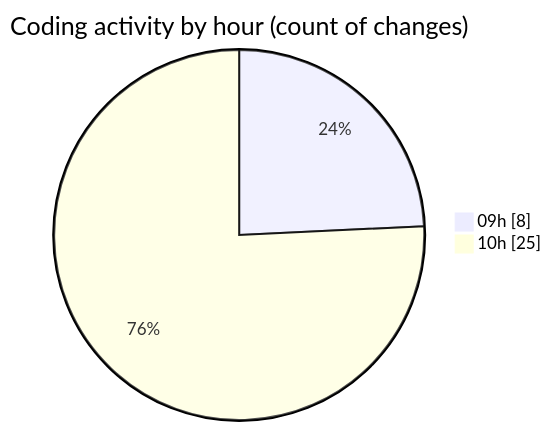
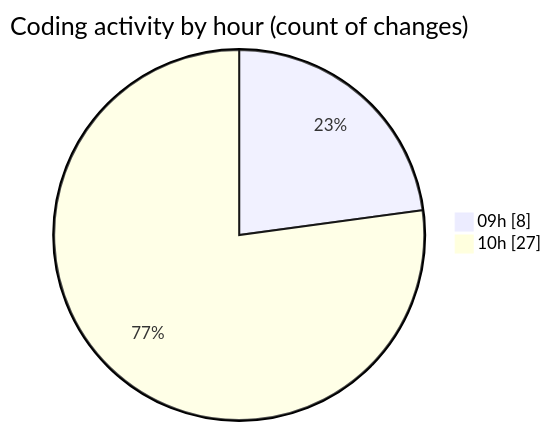
One commit to momahboobian/code-tracking changed the second of 2 diagrams in 2025-09-01/cda/README.md. Above: the diagram before and after it, drawn with Mermaid. The commit also changed other lines of this file and 1 other file, not shown here.

````diff
--- a/2025-09-01/cda/README.md
+++ b/2025-09-01/cda/README.md
@@ -35,6 +37,6 @@
 ```mermaid
 pie showData
 title Coding activity by hour (count of changes)
 "09h" : 8
-"10h" : 25
+"10h" : 27
 ```
````
